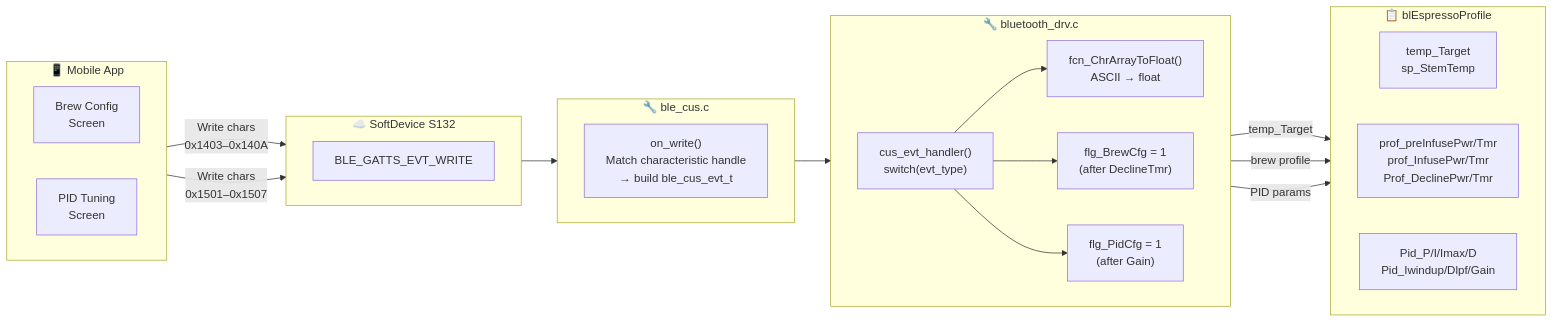
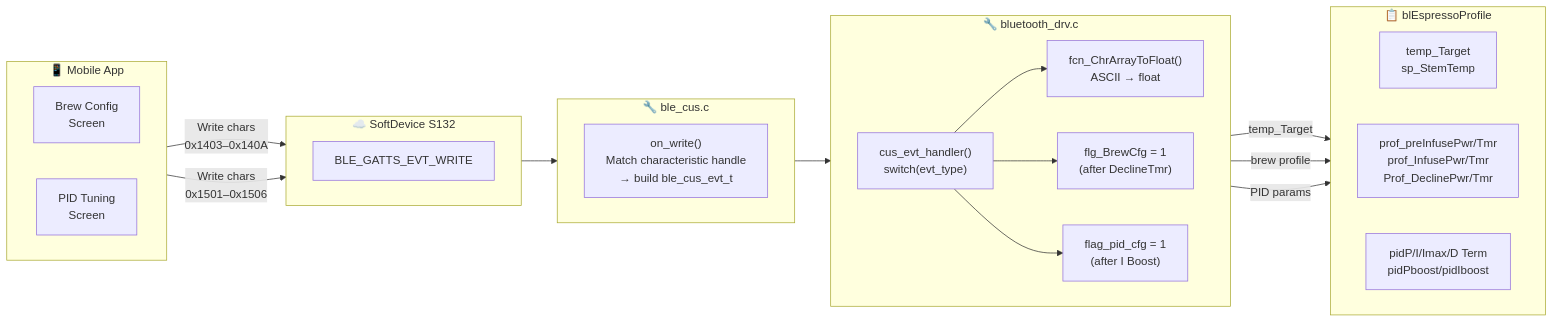
One commit to FranciscoGomezR/GaggiaControllerX changed the diagram in docs/architecture/flows/ble-to-profile/ble-to-profile_diagram.mermaid. Above: the diagram before and after it, drawn with Mermaid. The commit also changed 31 other files, not shown here.

```diff
--- a/docs/architecture/flows/ble-to-profile/ble-to-profile_diagram.mermaid
+++ b/docs/architecture/flows/ble-to-profile/ble-to-profile_diagram.mermaid
@@ -1,42 +1,42 @@
 flowchart LR
     subgraph mobile["📱 Mobile App"]
         direction LR
         APP_BREW["Brew Config\nScreen"]
         APP_PID["PID Tuning\nScreen"]
     end
 
     subgraph softdevice["☁️ SoftDevice S132"]
         direction LR
         SD_EVT["BLE_GATTS_EVT_WRITE"]
     end
 
     subgraph ble_cus["🔧 ble_cus.c"]
         direction LR
         ON_WRITE["on_write()\nMatch characteristic handle\n→ build ble_cus_evt_t"]
     end
 
     subgraph bt_drv["🔧 bluetooth_drv.c"]
         direction LR
         EVT_H["cus_evt_handler()\nswitch(evt_type)"]
         PARSE["fcn_ChrArrayToFloat()\nASCII → float"]
         FLG_BREW["flg_BrewCfg = 1\n(after DeclineTmr)"]
-        FLG_PID["flg_PidCfg = 1\n(after Gain)"]
+        FLG_PID["flag_pid_cfg = 1\n(after I Boost)"]
     end
 
     subgraph profile["📋 blEspressoProfile"]
         direction LR
         TEMP["temp_Target\nsp_StemTemp"]
         BREW["prof_preInfusePwr/Tmr\nprof_InfusePwr/Tmr\nProf_DeclinePwr/Tmr"]
-        PID["Pid_P/I/Imax/D\nPid_Iwindup/Dlpf/Gain"]
+        PID["pidP/I/Imax/D Term\npidPboost/pidIboost"]
     end
 
     APP_BREW -->|"Write chars\n0x1403–0x140A"| SD_EVT
-    APP_PID -->|"Write chars\n0x1501–0x1507"| SD_EVT
+    APP_PID -->|"Write chars\n0x1501–0x1506"| SD_EVT
     SD_EVT --> ON_WRITE
     ON_WRITE --> EVT_H
     EVT_H --> PARSE
     PARSE -->|"temp_Target"| TEMP
     PARSE -->|"brew profile"| BREW
     PARSE -->|"PID params"| PID
     EVT_H --> FLG_BREW
     EVT_H --> FLG_PID
```
